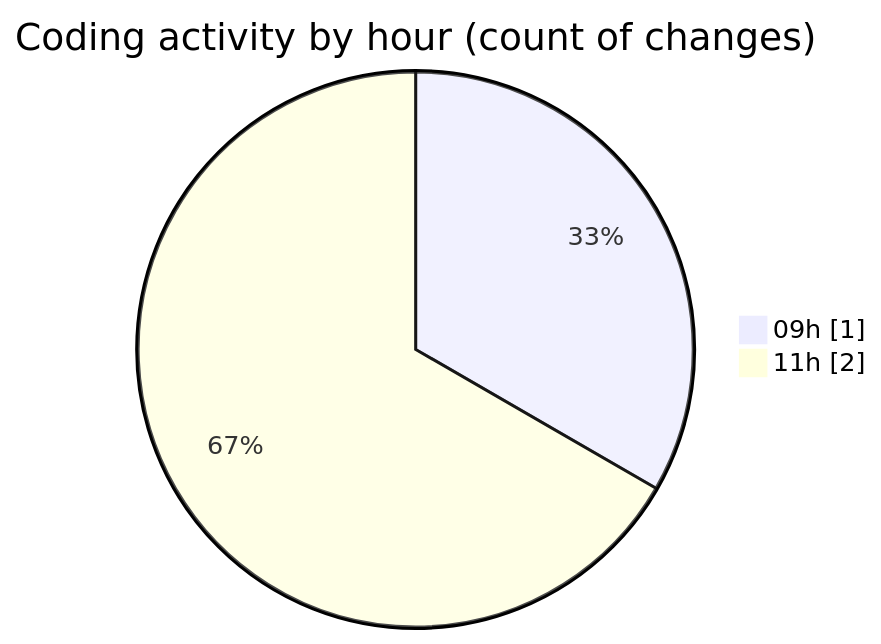
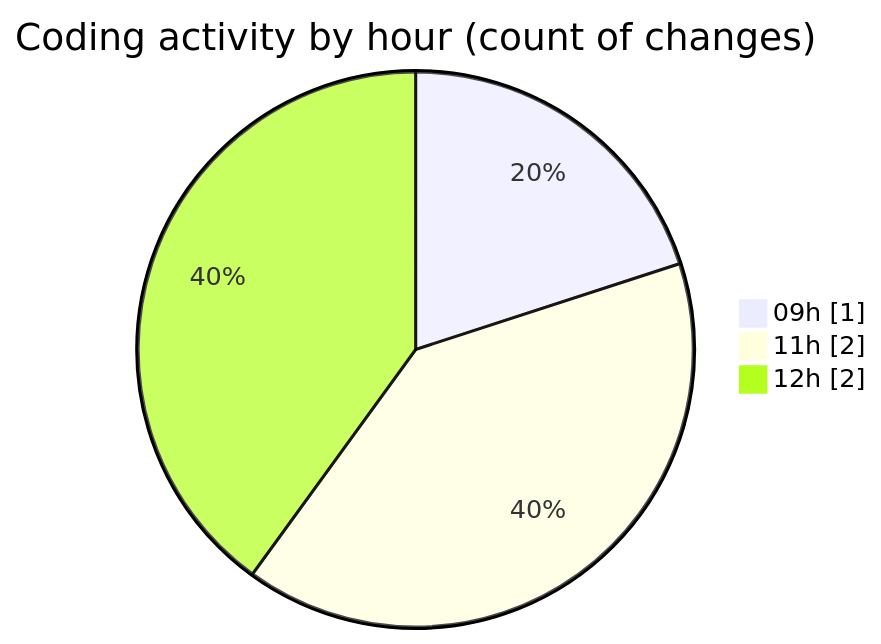
One commit to ricardozamudiocil/code-tracking changed the second of 2 diagrams in 2026-09-17/cilreports__workspace_/README.md. Above: the diagram before and after it, drawn with Mermaid. The commit also changed other lines of this file and 1 other file, not shown here.

````diff
--- a/2026-09-17/cilreports__workspace_/README.md
+++ b/2026-09-17/cilreports__workspace_/README.md
@@ -29,6 +31,7 @@
 ```mermaid
 pie showData
 title Coding activity by hour (count of changes)
 "09h" : 1
 "11h" : 2
+"12h" : 2
 ```
````
